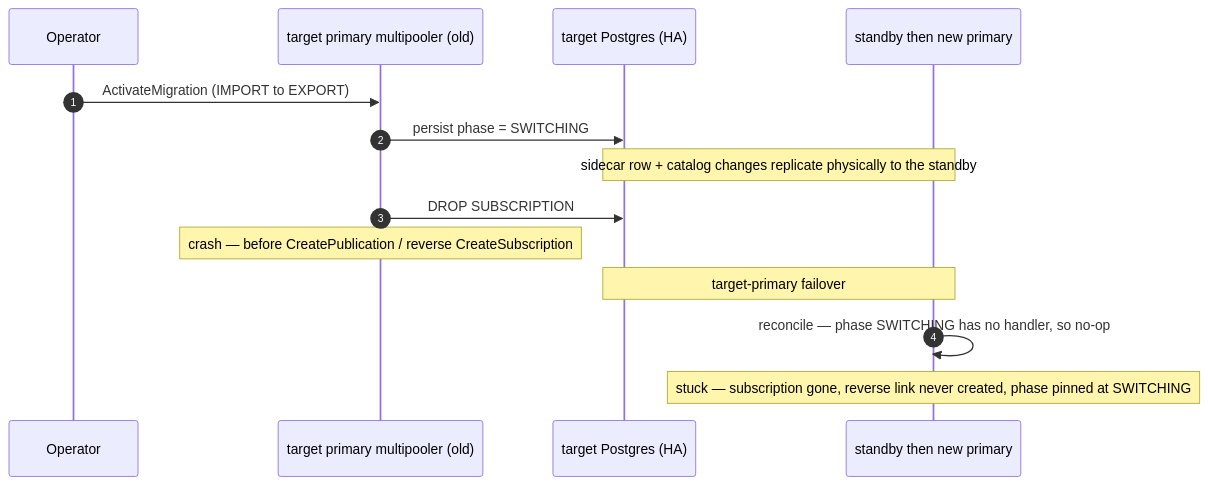
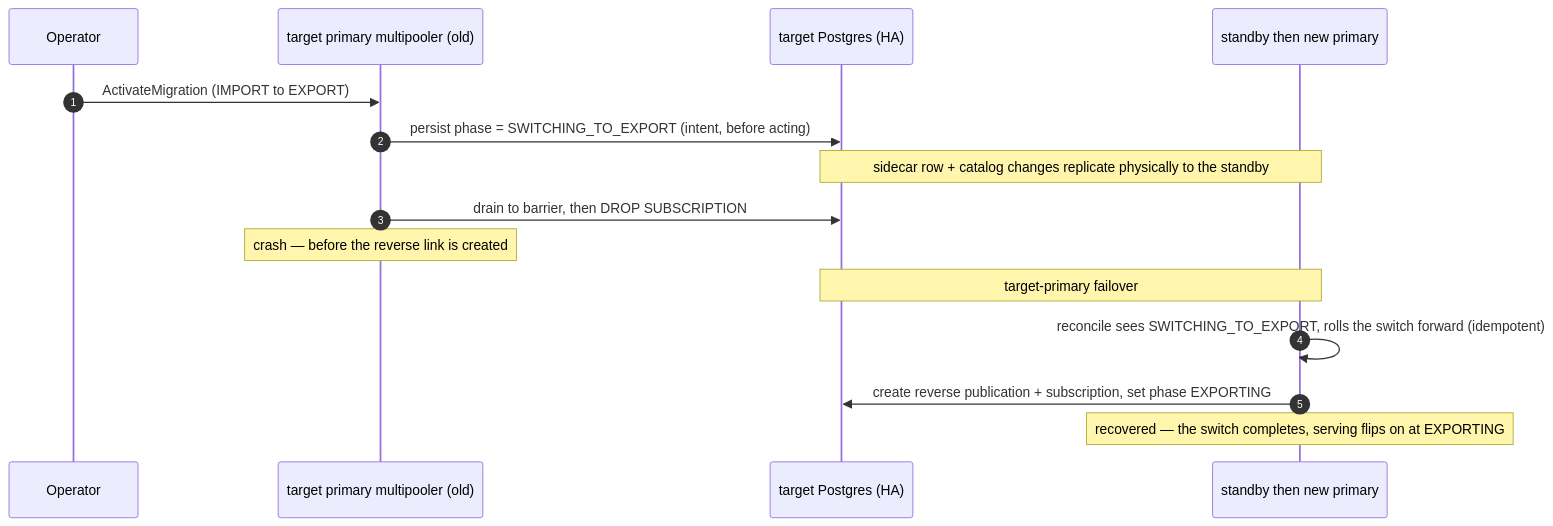
The sixth of 9 diagrams in docs/migration/migrator_design.md (multigres/multigres), drawn with Mermaid before and after one commit. The commit also changed other lines of this file and 14 other files, not shown here.

First line of the commit message:
refactor(migrator): directional phases with crash-safe direction switch

````diff
--- a/docs/migration/migrator_design.md
+++ b/docs/migration/migrator_design.md
@@ -573,16 +576,17 @@
 ```mermaid
 sequenceDiagram
     autonumber
     participant OP as Operator
     participant MP1 as target primary multipooler (old)
     participant PGT as target Postgres (HA)
     participant MP2 as standby then new primary
     OP->>MP1: ActivateMigration (IMPORT to EXPORT)
-    MP1->>PGT: persist phase = SWITCHING
+    MP1->>PGT: persist phase = SWITCHING_TO_EXPORT (intent, before acting)
     Note over PGT,MP2: sidecar row + catalog changes replicate physically to the standby
-    MP1->>PGT: DROP SUBSCRIPTION
-    Note over MP1: crash — before CreatePublication / reverse CreateSubscription
+    MP1->>PGT: drain to barrier, then DROP SUBSCRIPTION
+    Note over MP1: crash — before the reverse link is created
     Note over PGT,MP2: target-primary failover
-    MP2->>MP2: reconcile — phase SWITCHING has no handler, so no-op
-    Note over MP2: stuck — subscription gone, reverse link never created, phase pinned at SWITCHING
+    MP2->>MP2: reconcile sees SWITCHING_TO_EXPORT, rolls the switch forward (idempotent)
+    MP2->>PGT: create reverse publication + subscription, set phase EXPORTING
+    Note over MP2: recovered — the switch completes, serving flips on at EXPORTING
 ```
````
